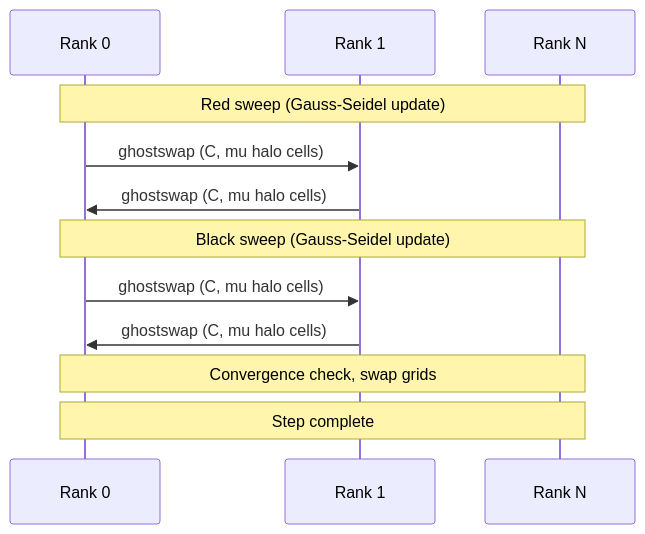
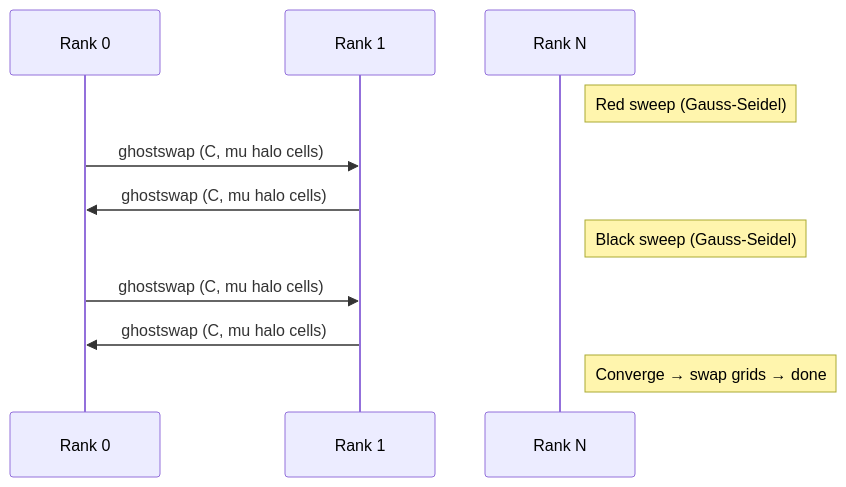
One commit to ngduchai/guard-agent changed the second of 3 diagrams in tests/apps/docs/MMSP/README.md. Above: the diagram before and after it, drawn with Mermaid. The commit also changed other lines of this file and 43 other files, not shown here.

````diff
--- a/tests/apps/docs/MMSP/README.md
+++ b/tests/apps/docs/MMSP/README.md
@@ -92,15 +92,14 @@
 ```mermaid
 sequenceDiagram
     participant R0 as Rank 0
     participant R1 as Rank 1
     participant RN as Rank N
 
-    Note over R0,RN: Red sweep (Gauss-Seidel update)
+    Note right of RN: Red sweep (Gauss-Seidel)
     R0->>R1: ghostswap (C, mu halo cells)
     R1->>R0: ghostswap (C, mu halo cells)
-    Note over R0,RN: Black sweep (Gauss-Seidel update)
+    Note right of RN: Black sweep (Gauss-Seidel)
     R0->>R1: ghostswap (C, mu halo cells)
     R1->>R0: ghostswap (C, mu halo cells)
-    Note over R0,RN: Convergence check, swap grids
-    Note over R0,RN: Step complete
+    Note right of RN: Converge → swap grids → done
 ```
````
